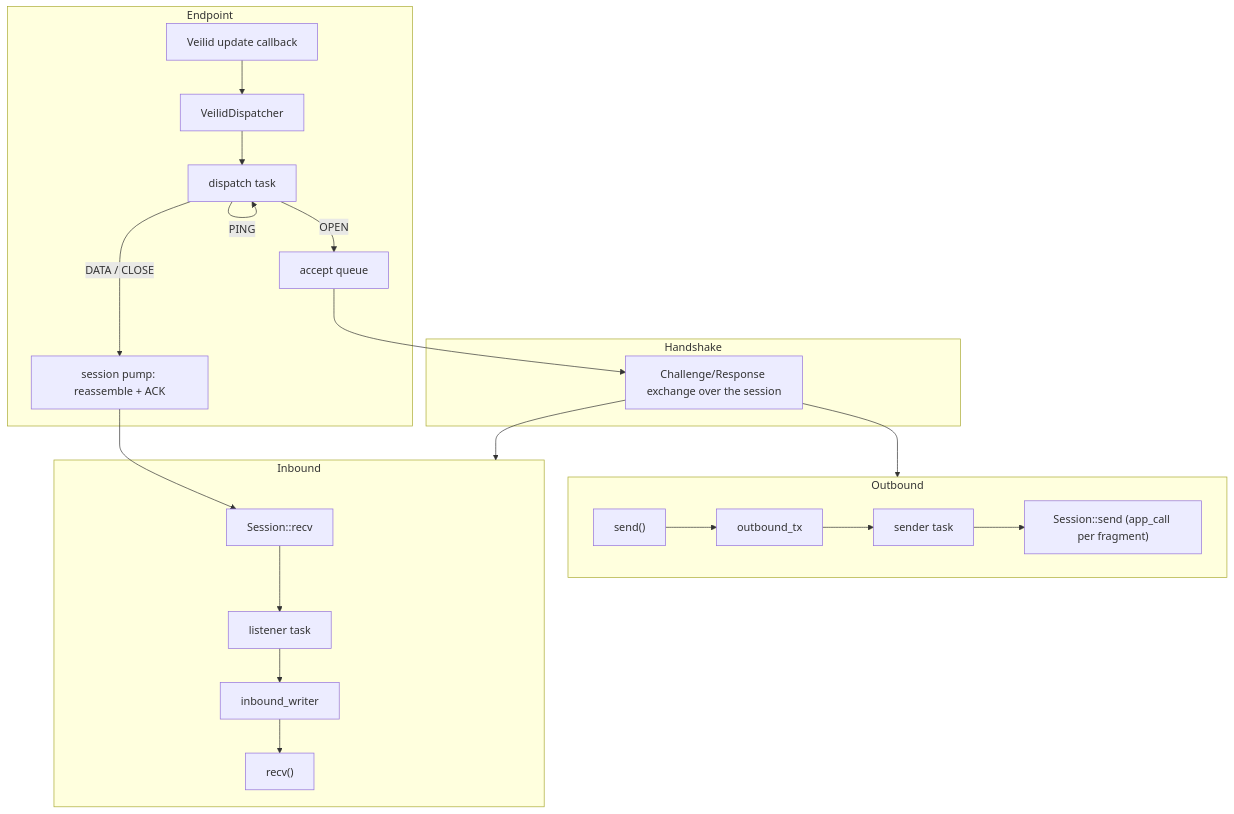
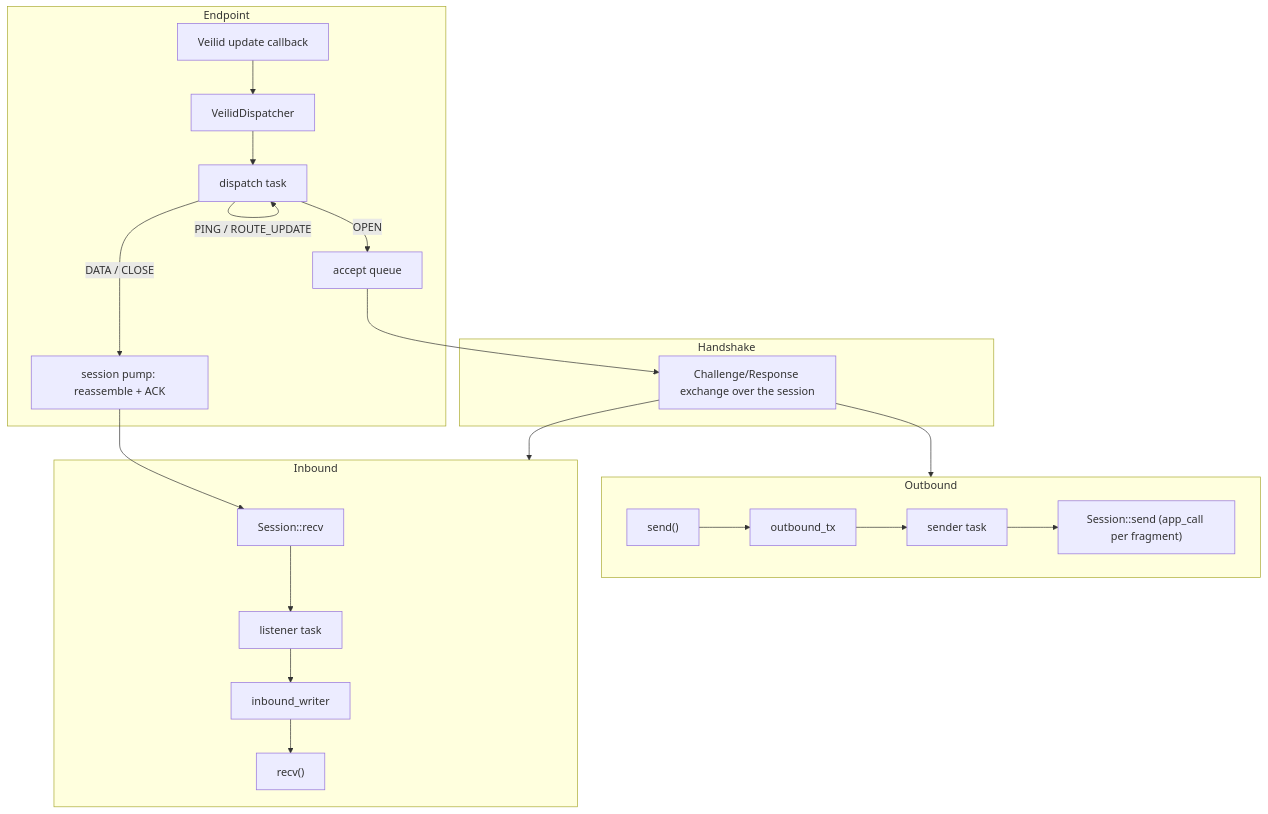
One commit to TheKnarf/subduction changed the diagram in subduction_veilid/README.md. Above: the diagram before and after it, drawn with Mermaid. The commit also changed other lines of this file and 19 other files, not shown here.

````diff
--- a/subduction_veilid/README.md
+++ b/subduction_veilid/README.md
@@ -12,25 +12,25 @@
 ```mermaid
 flowchart TB
     subgraph Endpoint
         cb[Veilid update callback] --> disp[VeilidDispatcher] --> task[dispatch task]
         task -- OPEN --> accept[accept queue]
         task -- DATA / CLOSE --> pump[session pump: reassemble + ACK]
-        task -- PING --> task
+        task -- PING / ROUTE_UPDATE --> task
     end
 
     subgraph Handshake
         H[Challenge/Response exchange over the session]
     end
 
     subgraph Outbound
         send["send()"] --> outbound_tx --> sender[sender task] --> ssend["Session::send (app_call per fragment)"]
     end
 
     subgraph Inbound
         pump --> srecv["Session::recv"] --> listener[listener task] --> inbound_writer --> recv["recv()"]
     end
 
     accept --> H
     H --> Outbound
     H --> Inbound
 ```
````
